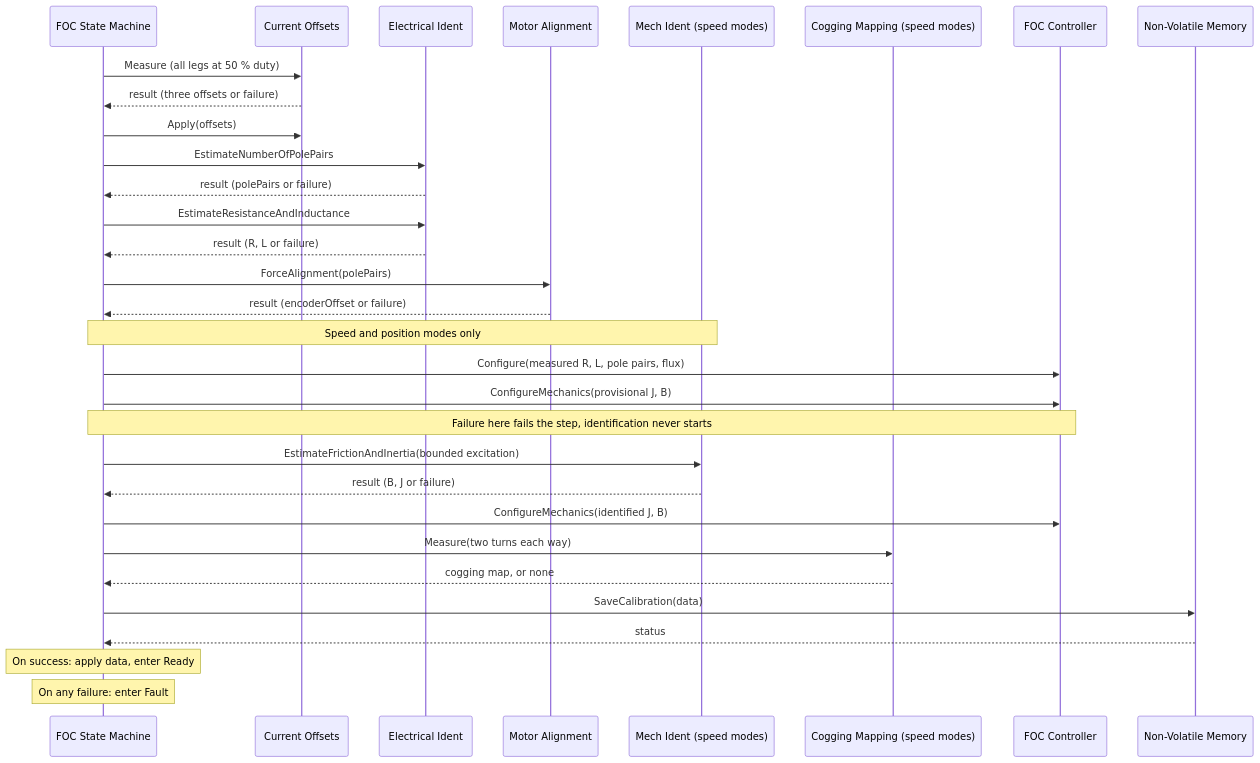
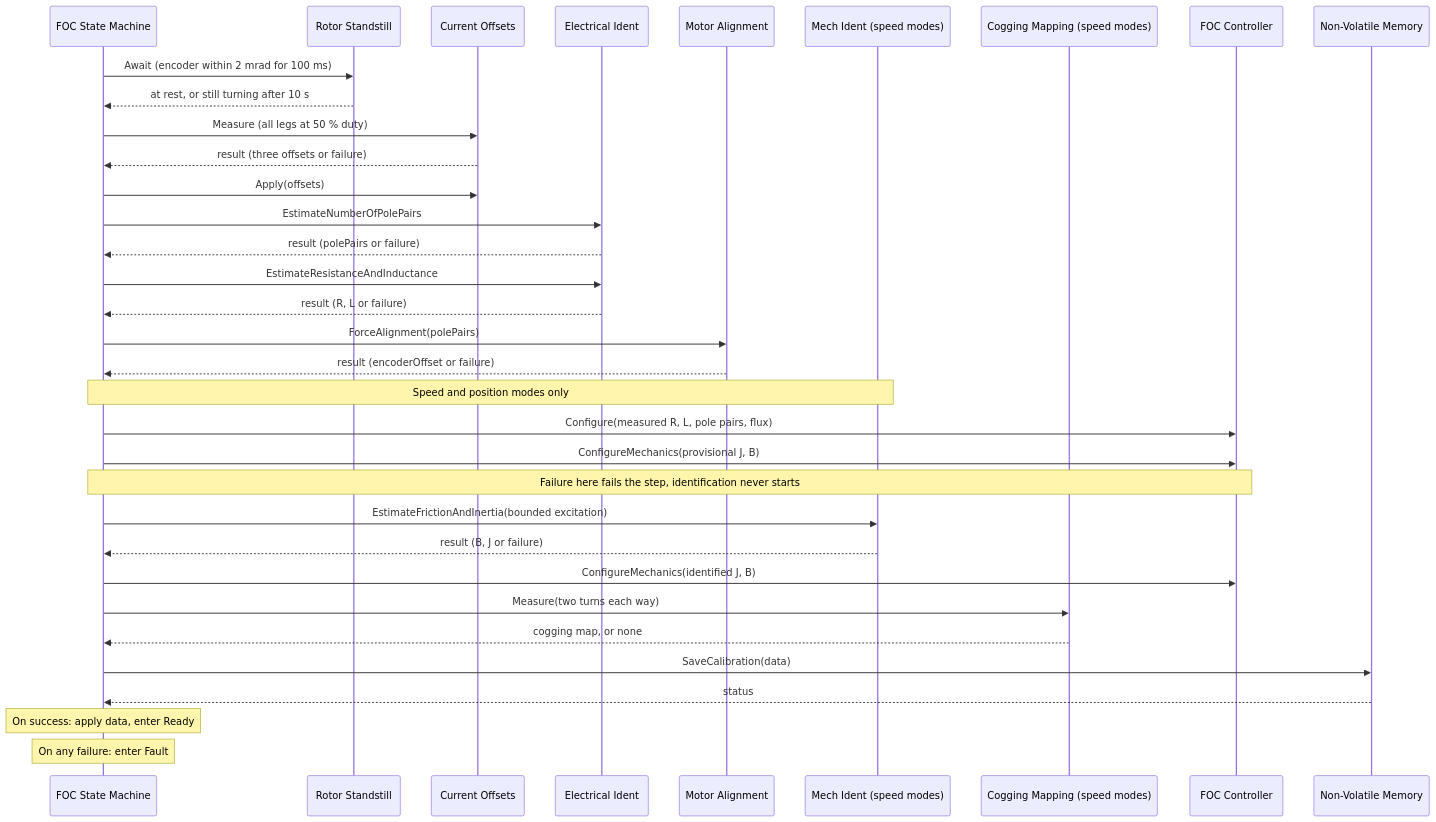
The second of 7 diagrams in documentation/design/state-machine.md (embedded-pro/e-foc), drawn with Mermaid before and after one commit. The commit also changed other lines of this file and 22 other files, not shown here.

First line of the commit message:
fix(calibration): measure the current offsets only once the rotor is at rest

````diff
--- a/documentation/design/state-machine.md
+++ b/documentation/design/state-machine.md
@@ -228,34 +228,37 @@
 ```mermaid
 sequenceDiagram
     participant SM as FOC State Machine
+    participant RS as Rotor Standstill
     participant CO as Current Offsets
     participant EI as Electrical Ident
     participant MA as Motor Alignment
     participant MI as Mech Ident (speed modes)
     participant CM as Cogging Mapping (speed modes)
     participant FOC as FOC Controller
     participant NVM as Non-Volatile Memory
 
+    SM->>RS: Await (encoder within 2 mrad for 100 ms)
+    RS-->>SM: at rest, or still turning after 10 s
     SM->>CO: Measure (all legs at 50 % duty)
     CO-->>SM: result (three offsets or failure)
     SM->>CO: Apply(offsets)
     SM->>EI: EstimateNumberOfPolePairs
     EI-->>SM: result (polePairs or failure)
     SM->>EI: EstimateResistanceAndInductance
     EI-->>SM: result (R, L or failure)
     SM->>MA: ForceAlignment(polePairs)
     MA-->>SM: result (encoderOffset or failure)
     note over SM,MI: Speed and position modes only
     SM->>FOC: Configure(measured R, L, pole pairs, flux)
     SM->>FOC: ConfigureMechanics(provisional J, B)
     note over SM,FOC: Failure here fails the step, identification never starts
     SM->>MI: EstimateFrictionAndInertia(bounded excitation)
     MI-->>SM: result (B, J or failure)
     SM->>FOC: ConfigureMechanics(identified J, B)
     SM->>CM: Measure(two turns each way)
     CM-->>SM: cogging map, or none
     SM->>NVM: SaveCalibration(data)
     NVM-->>SM: status
     note over SM: On success: apply data, enter Ready
     note over SM: On any failure: enter Fault
 ```
````
